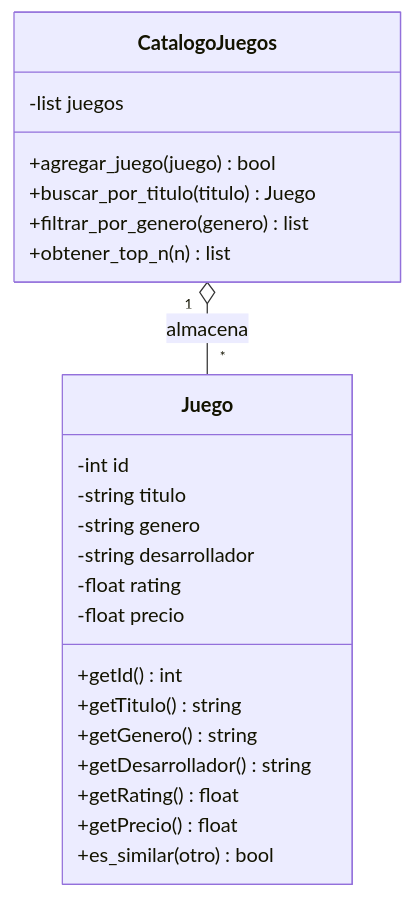
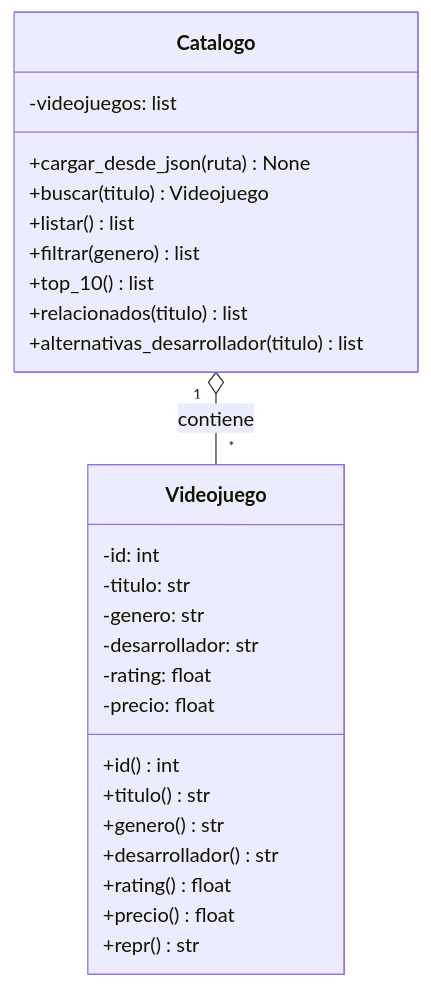
The diagram in docs/03-diagrama-clases.md (Damian334/actividadgrupal), drawn with Mermaid before and after one commit. The commit also changed other lines of this file and 11 other files, not shown here.

````diff
--- a/docs/03-diagrama-clases.md
+++ b/docs/03-diagrama-clases.md
@@ -3,28 +5,36 @@
 ```mermaid
 classDiagram
-    class Juego {
-        -int id
-        -string titulo
-        -string genero
-        -string desarrollador
-        -float rating
-        -float precio
-        +getId() int
-        +getTitulo() string
-        +getGenero() string
-        +getDesarrollador() string
-        +getRating() float
-        +getPrecio() float
-        +es_similar(otro) bool
+
+    class Videojuego {
+
+        -id: int
+        -titulo: str
+        -genero: str
+        -desarrollador: str
+        -rating: float
+        -precio: float
+
+        +id() int
+        +titulo() str
+        +genero() str
+        +desarrollador() str
+        +rating() float
+        +precio() float
+        +repr() str
     }
 
-    class CatalogoJuegos {
-        -list juegos
-        +agregar_juego(juego) bool
-        +buscar_por_titulo(titulo) Juego
-        +filtrar_por_genero(genero) list
-        +obtener_top_n(n) list
+    class Catalogo {
+
+        -videojuegos: list
+
+        +cargar_desde_json(ruta) None
+        +buscar(titulo) Videojuego
+        +listar() list
+        +filtrar(genero) list
+        +top_10() list
+        +relacionados(titulo) list
+        +alternativas_desarrollador(titulo) list
     }
 
-    CatalogoJuegos "1" o-- "*" Juego : almacena
+    Catalogo "1" o-- "*" Videojuego : contiene
 ```
````
